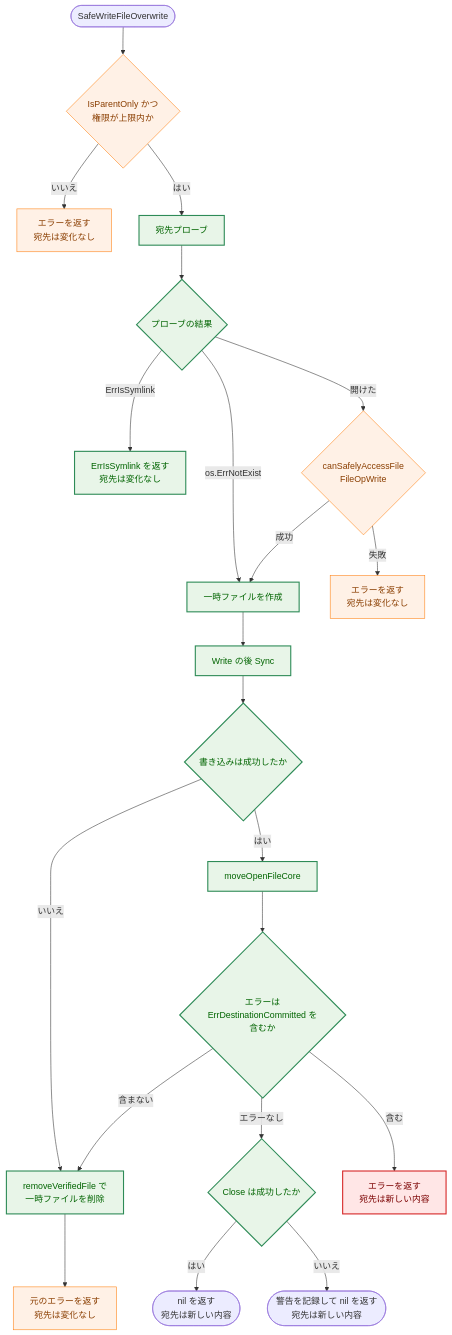
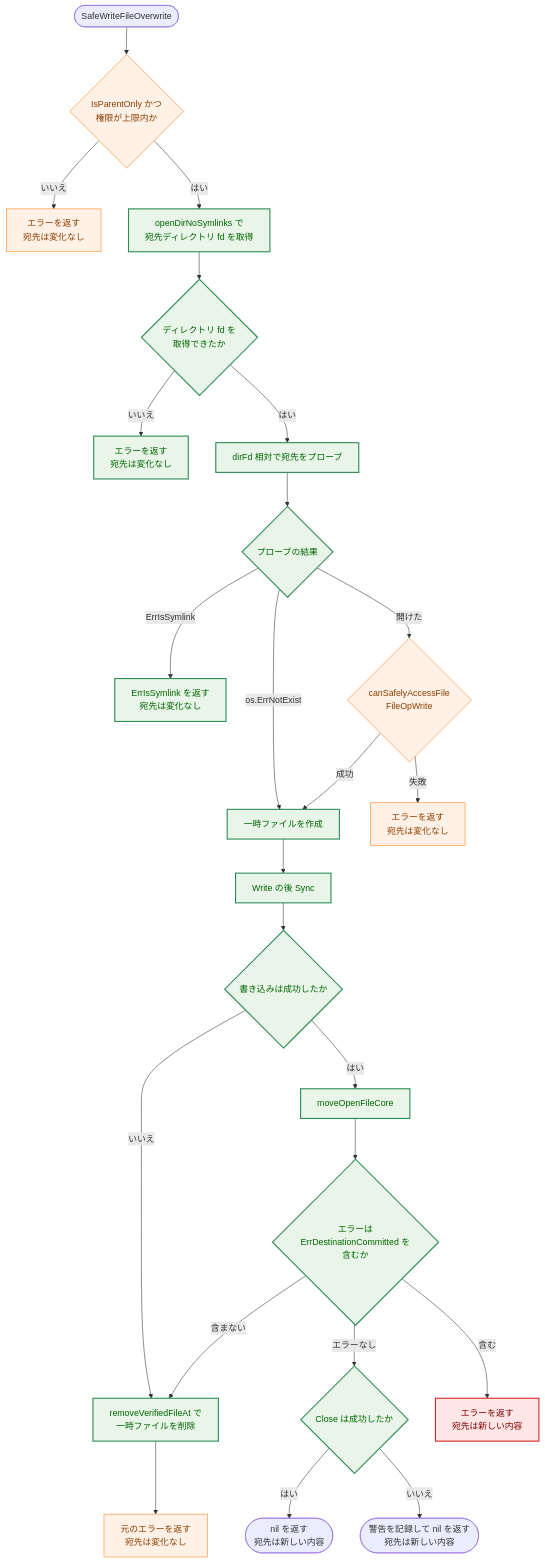
The ninth of 12 diagrams in docs/tasks/0167_safefileio_b1_remaining/02_architecture.md (isseis/go-safe-cmd-runner), drawn with Mermaid before and after one commit. The commit also changed other lines of this file and 1 other file, not shown here.

````diff
--- a/docs/tasks/0167_safefileio_b1_remaining/02_architecture.md
+++ b/docs/tasks/0167_safefileio_b1_remaining/02_architecture.md
@@ -640,33 +669,37 @@
 ```mermaid
 flowchart TD
     classDef process fill:#fff1e6,stroke:#ff7f0e,stroke-width:1px,color:#8a3e00;
     classDef enhanced fill:#e8f5e8,stroke:#2e8b57,stroke-width:2px,color:#006400;
     classDef problem fill:#ffe6e6,stroke:#d62728,stroke-width:2px,color:#7b0000;
 
     Start(["SafeWriteFileOverwrite"]) --> V1{"IsParentOnly かつ<br>権限が上限内か"}
     V1 -->|"いいえ"| E1["エラーを返す<br>宛先は変化なし"]
-    V1 -->|"はい"| P1["宛先プローブ"]
+    V1 -->|"はい"| D1["openDirNoSymlinks で<br>宛先ディレクトリ fd を取得"]
+    D1 --> D2{"ディレクトリ fd を<br>取得できたか"}
+    D2 -->|"いいえ"| E6["エラーを返す<br>宛先は変化なし"]
+    D2 -->|"はい"| P1["dirFd 相対で宛先をプローブ"]
     P1 --> P2{"プローブの結果"}
     P2 -->|"ErrIsSymlink"| E2["ErrIsSymlink を返す<br>宛先は変化なし"]
     P2 -->|"os.ErrNotExist"| T1["一時ファイルを作成"]
     P2 -->|"開けた"| P3{"canSafelyAccessFile<br>FileOpWrite"}
     P3 -->|"失敗"| E3["エラーを返す<br>宛先は変化なし"]
     P3 -->|"成功"| T1
     T1 --> W1["Write の後 Sync"]
     W1 --> W2{"書き込みは成功したか"}
-    W2 -->|"いいえ"| C1["removeVerifiedFile で<br>一時ファイルを削除"]
+    W2 -->|"いいえ"| C1["removeVerifiedFileAt で<br>一時ファイルを削除"]
     C1 --> E4["元のエラーを返す<br>宛先は変化なし"]
     W2 -->|"はい"| M1["moveOpenFileCore"]
     M1 --> M2{"エラーは<br>ErrDestinationCommitted を含むか"}
     M2 -->|"エラーなし"| CL{"Close は成功したか"}
     M2 -->|"含まない"| C1
     M2 -->|"含む"| E5["エラーを返す<br>宛先は新しい内容"]
     CL -->|"はい"| OK(["nil を返す<br>宛先は新しい内容"])
     CL -->|"いいえ"| OK2(["警告を記録して nil を返す<br>宛先は新しい内容"])
 
     class V1,P3 process
-    class P1,P2,T1,W1,W2,M1,M2,C1,CL enhanced
+    class P1,P2,T1,W1,W2,M1,M2,C1,CL,D1,D2 enhanced
     class E1,E3,E4 process
+    class E6 enhanced
     class E2 enhanced
     class E5 problem
 ```
````
